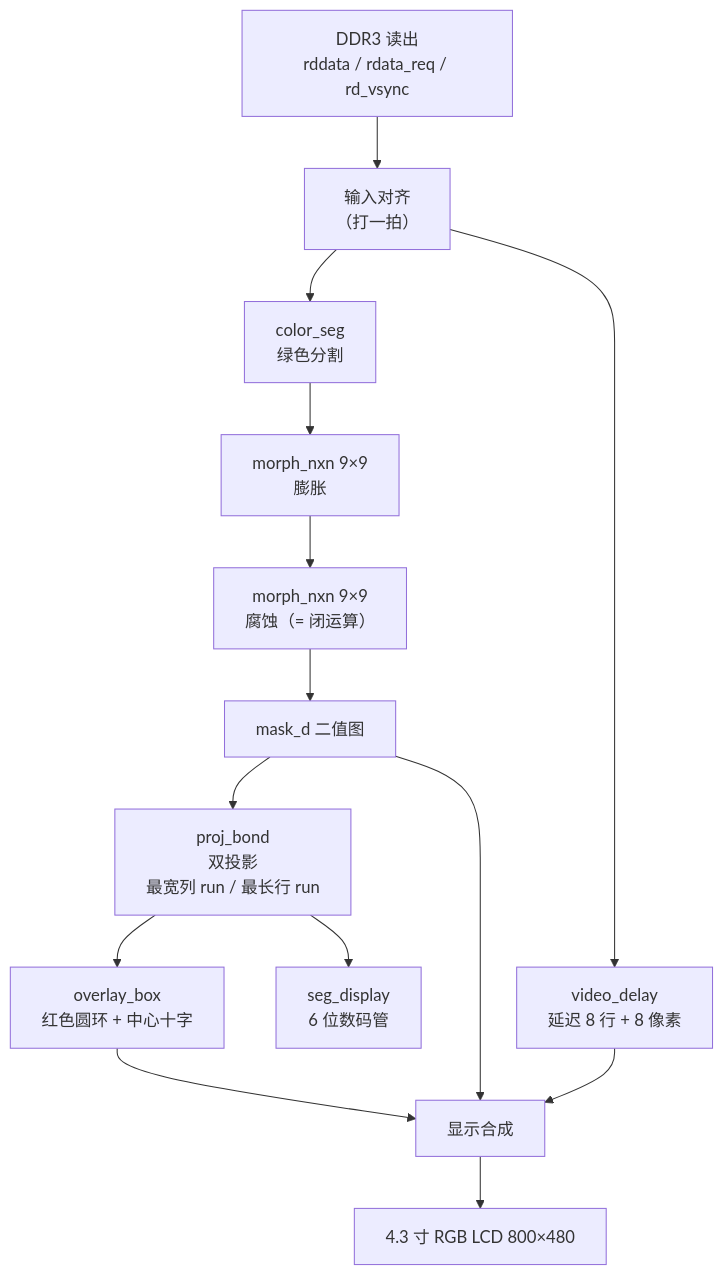
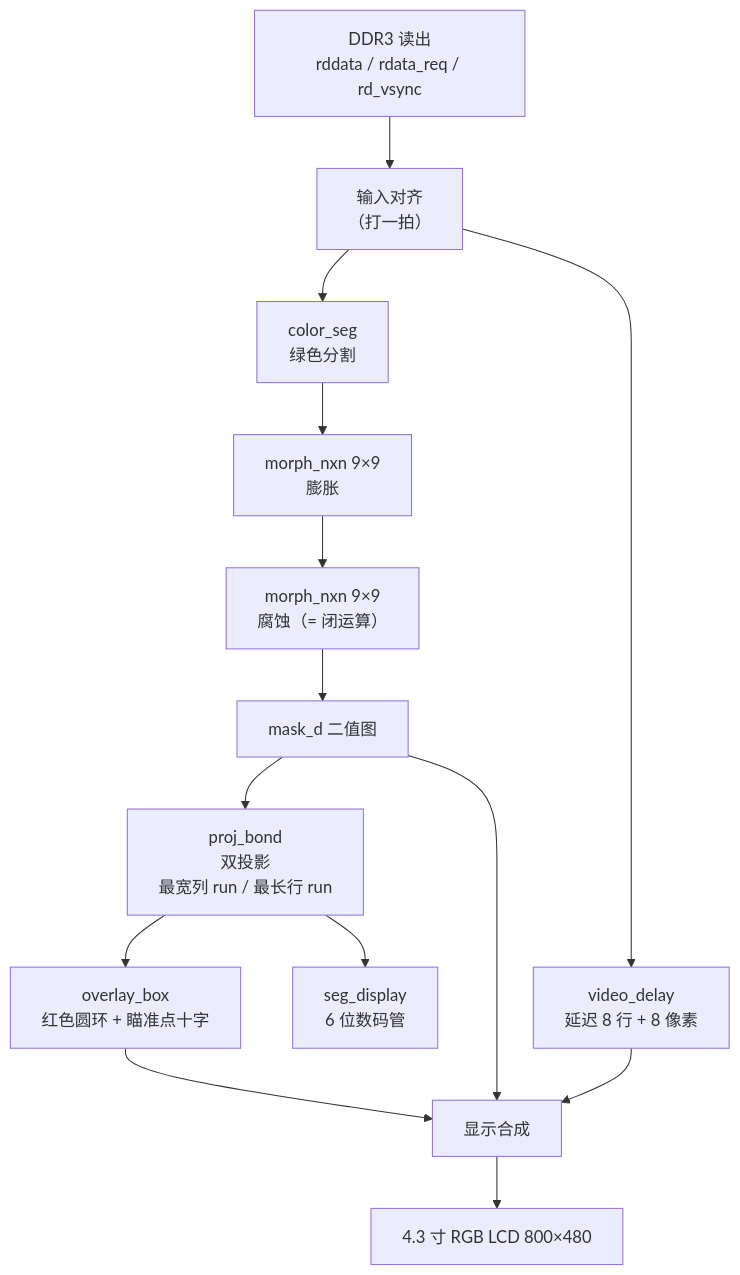
The first of 2 diagrams in README.md (Eddie-Duan/FPGA4dart), drawn with Mermaid before and after one commit. The commit also changed other lines of this file and 13 other files, not shown here.

````diff
--- a/README.md
+++ b/README.md
@@ -127,16 +138,16 @@
 ```mermaid
 flowchart TD
     IN["DDR3 读出<br/>rddata / rdata_req / rd_vsync"] --> ALIGN["输入对齐<br/>（打一拍）"]
     ALIGN --> SEG["color_seg<br/>绿色分割"]
     SEG --> DIL["morph_nxn 9×9<br/>膨胀"]
     DIL --> ERO["morph_nxn 9×9<br/>腐蚀（= 闭运算）"]
     ERO --> MASK["mask_d 二值图"]
     ALIGN --> DLY["video_delay<br/>延迟 8 行 + 8 像素"]
     MASK --> PROJ["proj_bond<br/>双投影<br/>最宽列 run / 最长行 run"]
     MASK --> MIX["显示合成"]
     DLY --> MIX
-    PROJ --> OVL["overlay_box<br/>红色圆环 + 中心十字"]
+    PROJ --> OVL["overlay_box<br/>红色圆环 + 瞄准点十字"]
     PROJ --> SEGD["seg_display<br/>6 位数码管"]
     OVL --> MIX
     MIX --> LCD["4.3 寸 RGB LCD 800×480"]
 ```
````
